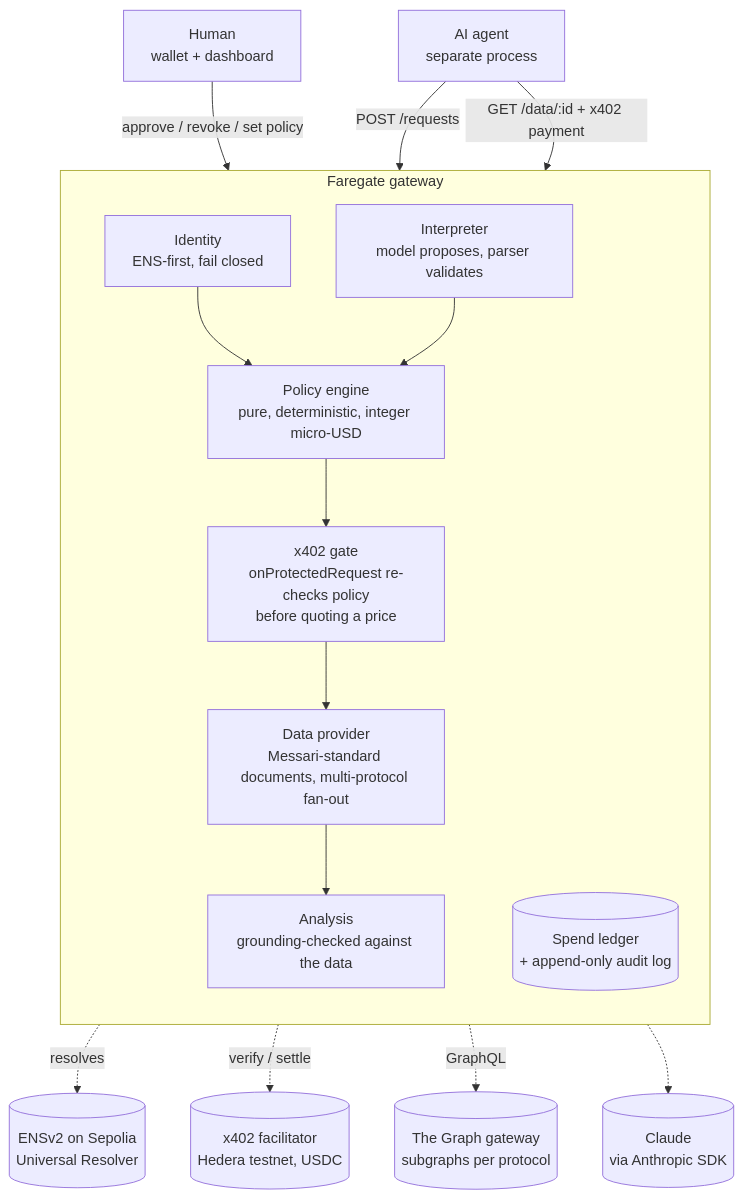
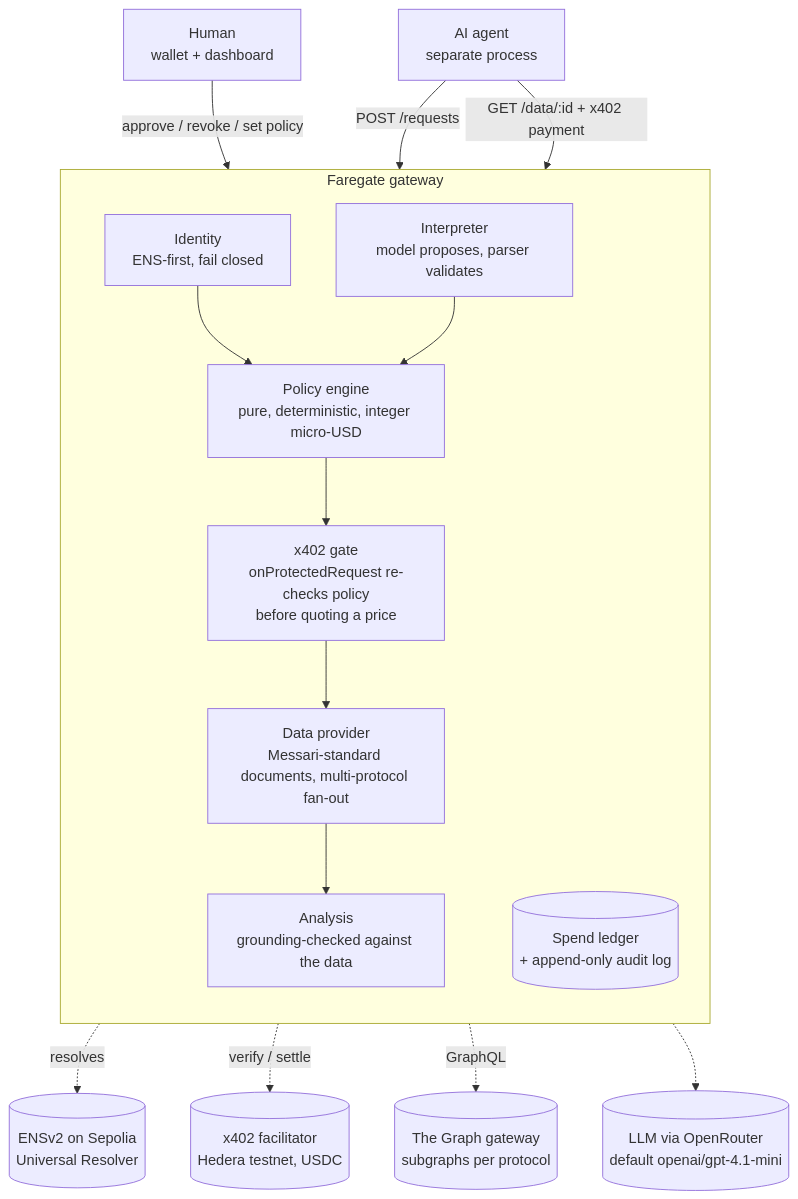
The diagram in README.md (souravmalviya/web3Faregate), drawn with Mermaid before and after one commit. The commit also changed other lines of this file and 13 other files, not shown here.

First line of the commit message:
feat(ai): run the AI layer through OpenRouter

````diff
--- a/README.md
+++ b/README.md
@@ -81,21 +81,21 @@
 ```mermaid
 flowchart TB
   H[Human<br/>wallet + dashboard] -->|approve / revoke / set policy| API
   A[AI agent<br/>separate process] -->|POST /requests| API
   A -->|GET /data/:id + x402 payment| API
 
   subgraph API[Faregate gateway]
     direction TB
     I[Identity<br/>ENS-first, fail closed] --> P[Policy engine<br/>pure, deterministic, integer micro-USD]
     Q[Interpreter<br/>model proposes, parser validates] --> P
     P --> G[x402 gate<br/>onProtectedRequest re-checks policy<br/>before quoting a price]
     G --> D[Data provider<br/>Messari-standard documents, multi-protocol fan-out]
     D --> AN[Analysis<br/>grounding-checked against the data]
     L[(Spend ledger<br/>+ append-only audit log)]
   end
 
   I -.resolves.-> ENS[(ENSv2 on Sepolia<br/>Universal Resolver)]
   G -.verify / settle.-> F[(x402 facilitator<br/>Hedera testnet, USDC)]
   D -.GraphQL.-> TG[(The Graph gateway<br/>subgraphs per protocol)]
-  AN -.-> M[(Claude<br/>via Anthropic SDK)]
+  AN -.-> M[(LLM via OpenRouter<br/>default openai/gpt-4.1-mini)]
 ```
````
